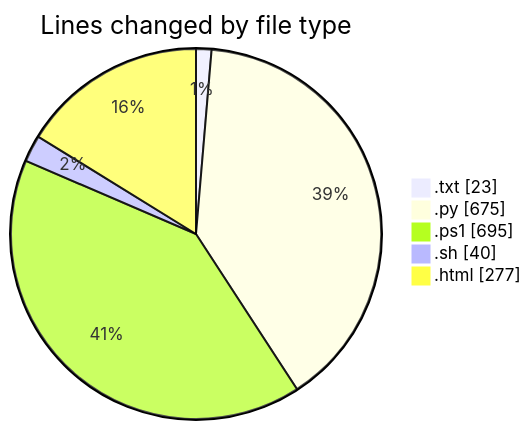
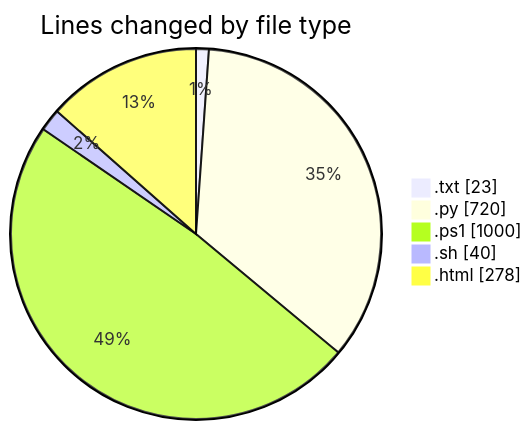
The first of 2 diagrams in 2025-05-16/python_app_deploy/README.md (CELIANVF/code-tracking), drawn with Mermaid before and after one commit. The commit also changed other lines of this file and 1 other file, not shown here.

````diff
--- a/2025-05-16/python_app_deploy/README.md
+++ b/2025-05-16/python_app_deploy/README.md
@@ -31,9 +38,9 @@
 ```mermaid
 pie showData
 title Lines changed by file type
 ".txt" : 23
-".py" : 675
-".ps1" : 695
+".py" : 720
+".ps1" : 1000
 ".sh" : 40
-".html" : 277
+".html" : 278
 ```
````
